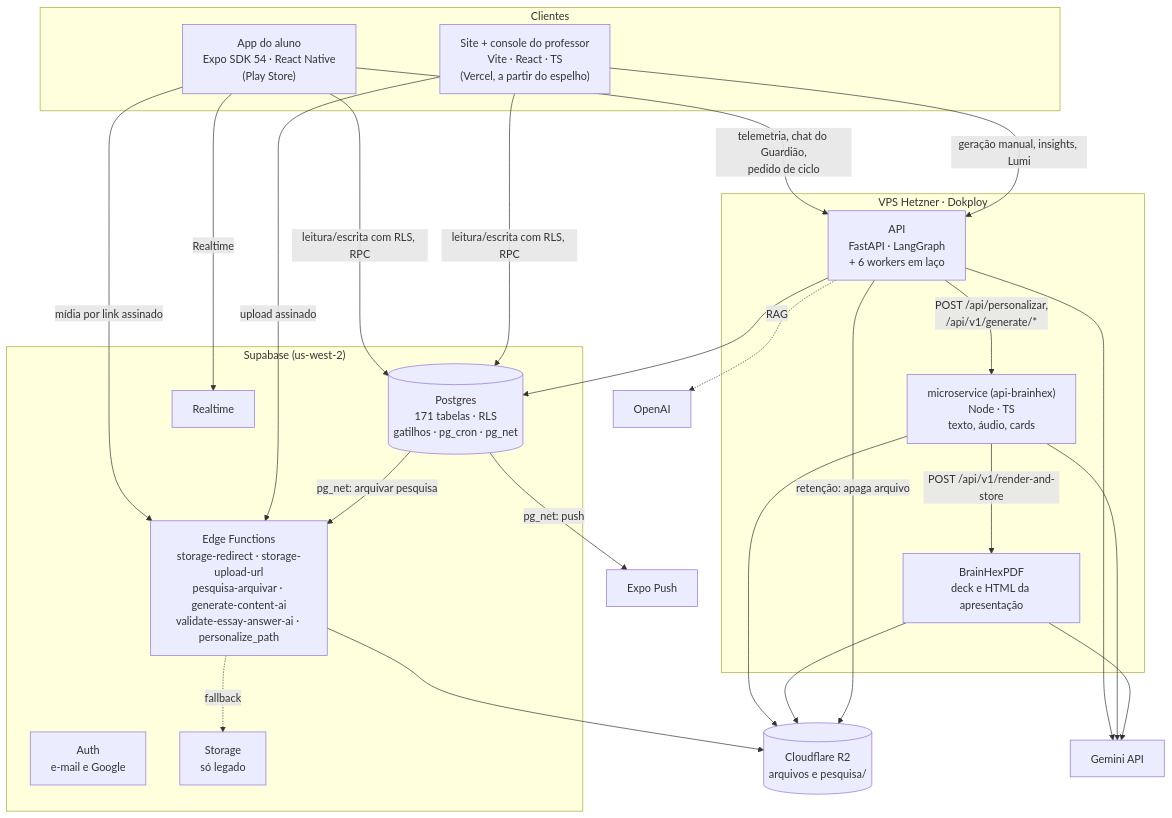
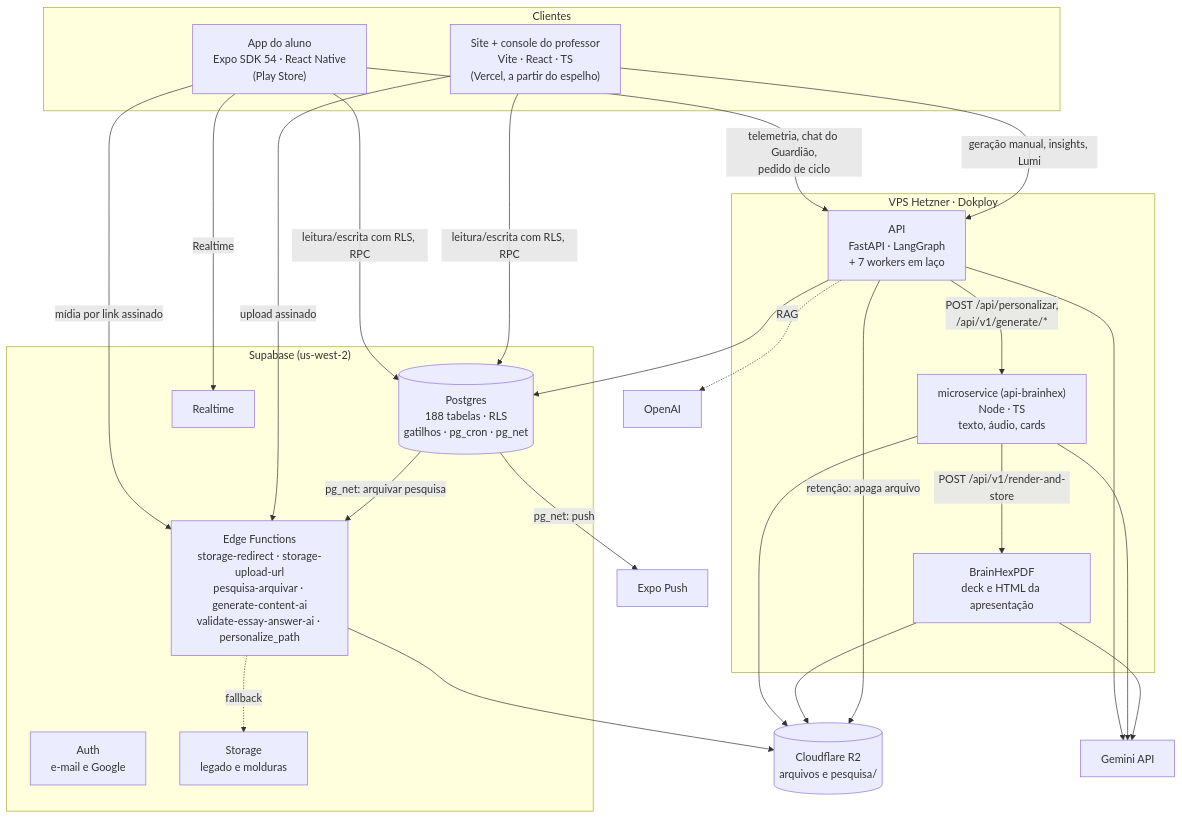
One commit to Geisbelly/TrailUp changed the second of 5 diagrams in docs/tcc/modelagem/01-arquitetura.md. Above: the diagram before and after it, drawn with Mermaid. The commit also changed other lines of this file and 69 other files, not shown here.

````diff
--- a/docs/tcc/modelagem/01-arquitetura.md
+++ b/docs/tcc/modelagem/01-arquitetura.md
@@ -33,48 +33,48 @@
 ```mermaid
 flowchart TB
   subgraph Clientes
     APP["App do aluno<br/>Expo SDK 54 · React Native<br/>(Play Store)"]
     WEB["Site + console do professor<br/>Vite · React · TS<br/>(Vercel, a partir do espelho)"]
   end
 
   subgraph SUPA["Supabase (us-west-2)"]
     AUTH[Auth<br/>e-mail e Google]
-    DB[("Postgres<br/>171 tabelas · RLS<br/>gatilhos · pg_cron · pg_net")]
+    DB[("Postgres<br/>188 tabelas · RLS<br/>gatilhos · pg_cron · pg_net")]
     RT[Realtime]
     EF["Edge Functions<br/>storage-redirect · storage-upload-url<br/>pesquisa-arquivar · generate-content-ai<br/>validate-essay-answer-ai · personalize_path"]
-    STL[Storage<br/>só legado]
+    STL[Storage<br/>legado e molduras]
   end
 
   subgraph VPS["VPS Hetzner · Dokploy"]
-    API["API<br/>FastAPI · LangGraph<br/>+ 6 workers em laço"]
+    API["API<br/>FastAPI · LangGraph<br/>+ 7 workers em laço"]
     MS["microservice (api-brainhex)<br/>Node · TS<br/>texto, áudio, cards"]
     PDF["BrainHexPDF<br/>deck e HTML da apresentação"]
   end
 
   R2[("Cloudflare R2<br/>arquivos e pesquisa/")]
   GEM[Gemini API]
   OAI[OpenAI]
   EXPO[Expo Push]
 
   APP -- "leitura/escrita com RLS, RPC" --> DB
   APP -- Realtime --> RT
   WEB -- "leitura/escrita com RLS, RPC" --> DB
   APP -- "telemetria, chat do Guardião,<br/>pedido de ciclo" --> API
   WEB -- "geração manual, insights, Lumi" --> API
   APP -- "mídia por link assinado" --> EF
   WEB -- "upload assinado" --> EF
   EF --> R2
   EF -. fallback .-> STL
   API --> DB
   API -- "POST /api/personalizar,<br/>/api/v1/generate/*" --> MS
   MS -- "POST /api/v1/render-and-store" --> PDF
   API --> GEM
   MS --> GEM
   PDF --> GEM
   API -. RAG .-> OAI
   MS --> R2
   PDF --> R2
   API -- "retenção: apaga arquivo" --> R2
   DB -- "pg_net: push" --> EXPO
   DB -- "pg_net: arquivar pesquisa" --> EF
 ```
````
